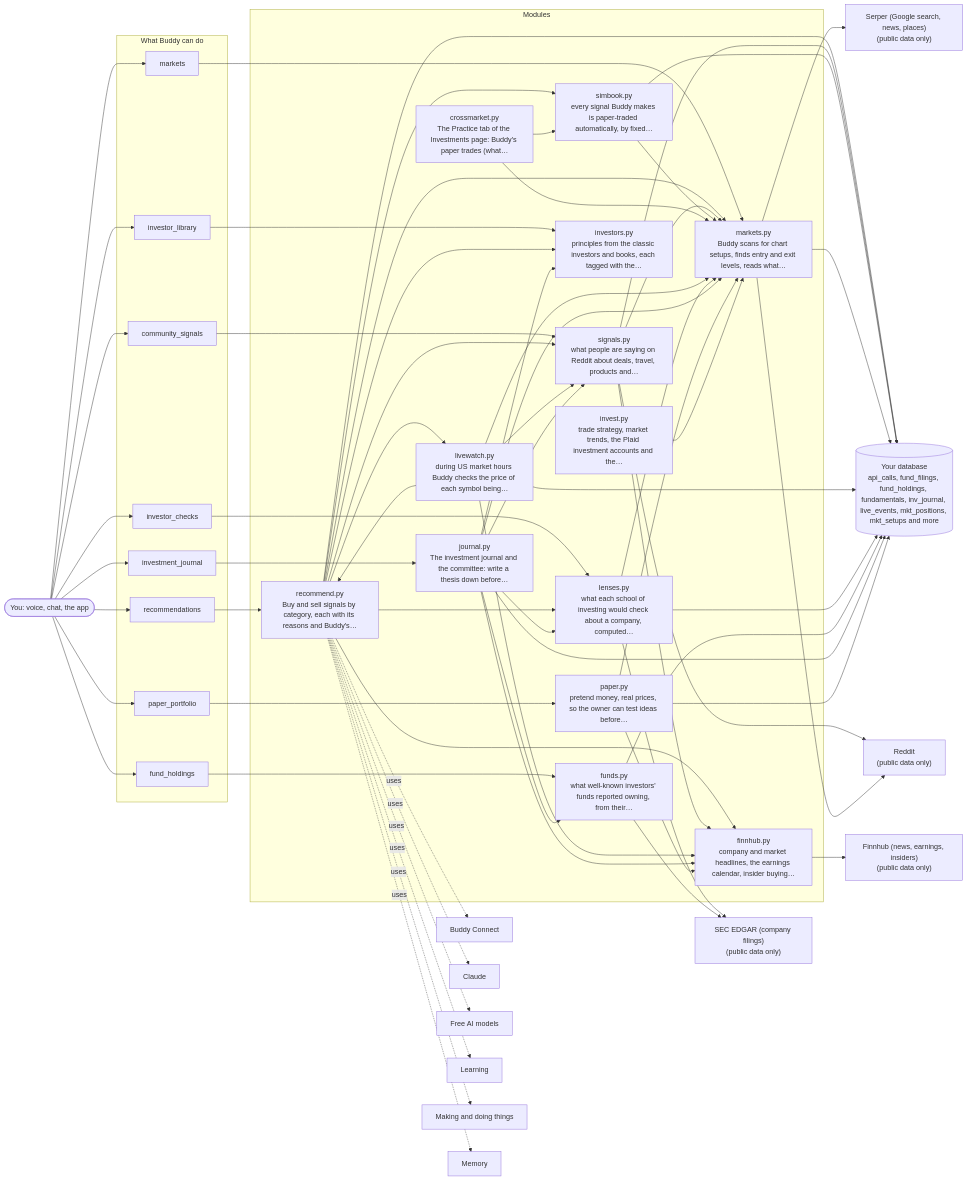
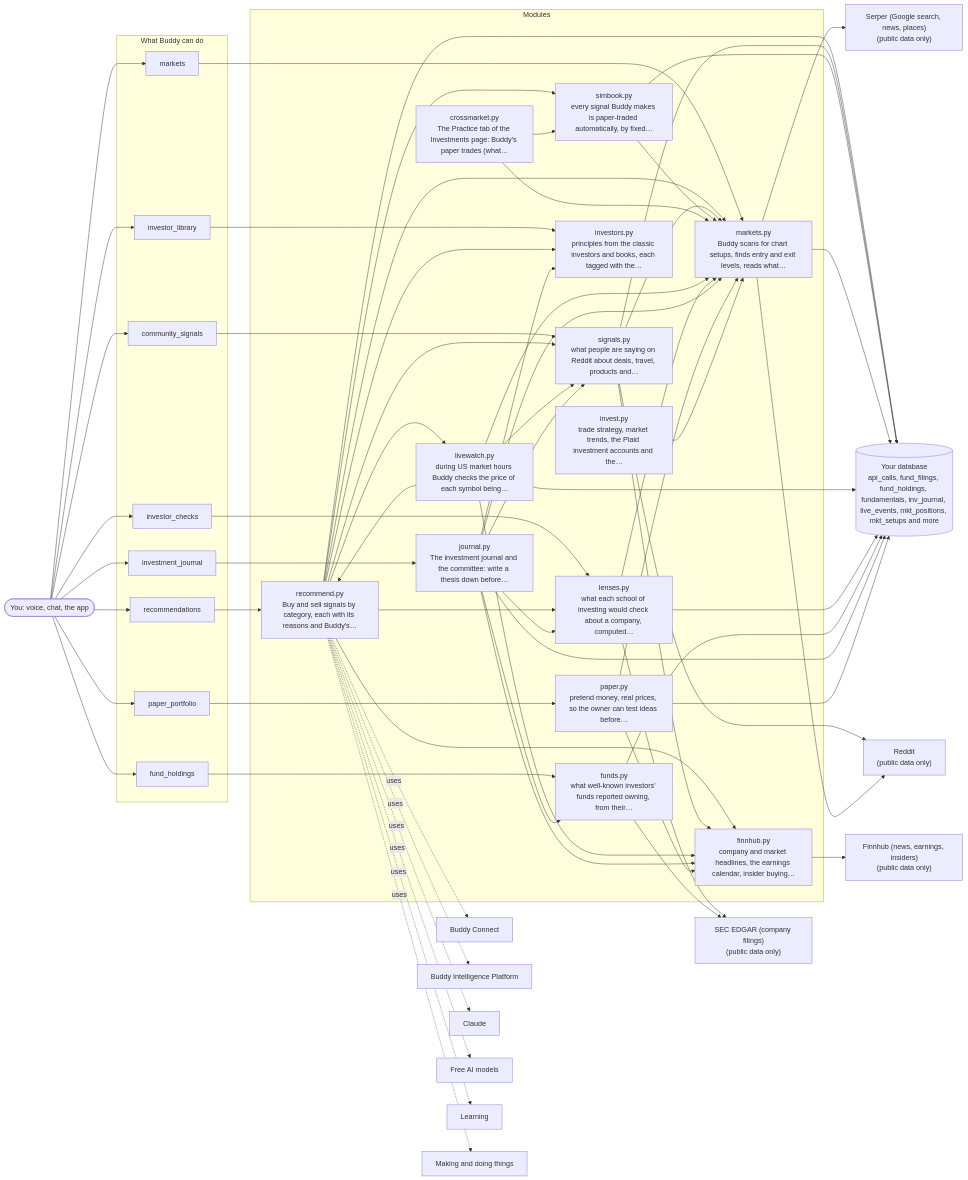
The diagram in docs/architecture/12-investing.md (aneesh304810/BuddyAgent), drawn with Mermaid before and after one commit. The commit also changed other lines of this file and 23 other files, not shown here.

````diff
--- a/docs/architecture/12-investing.md
+++ b/docs/architecture/12-investing.md
@@ -96,14 +96,14 @@
     markets_py --> s_serper
     o_0["Buddy Connect"]
     recommend_py -. uses .-> o_0
-    o_1["Claude"]
+    o_1["Buddy Intelligence Platform"]
     recommend_py -. uses .-> o_1
-    o_2["Free AI models"]
+    o_2["Claude"]
     recommend_py -. uses .-> o_2
-    o_3["Learning"]
+    o_3["Free AI models"]
     recommend_py -. uses .-> o_3
-    o_4["Making and doing things"]
+    o_4["Learning"]
     recommend_py -. uses .-> o_4
-    o_5["Memory"]
+    o_5["Making and doing things"]
     recommend_py -. uses .-> o_5
 ```
````
